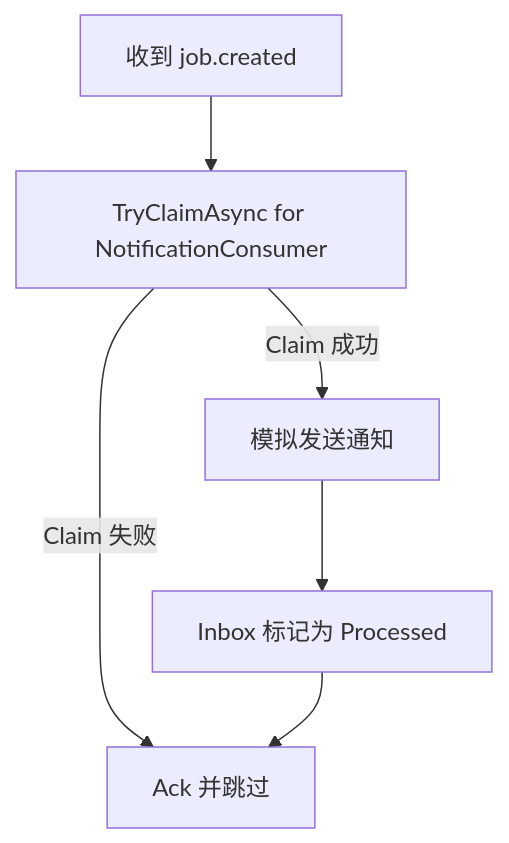
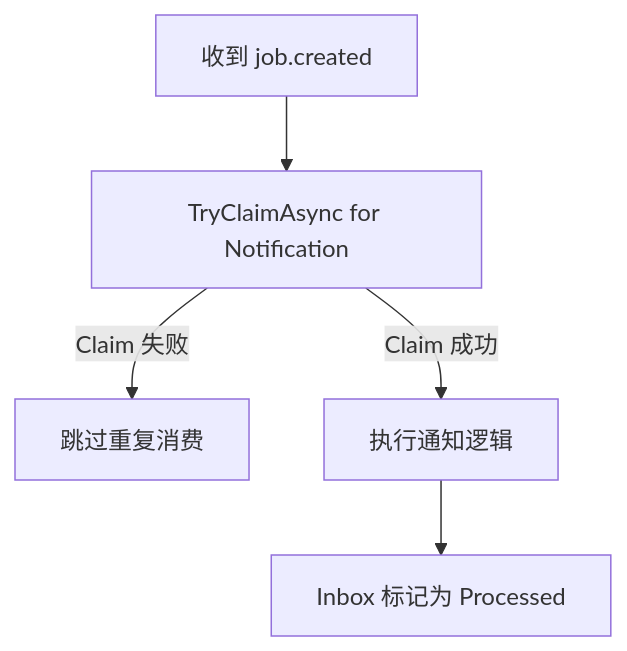
Before and after one commit to haoyucheng369-gif/DocFlowCloud: the third of 4 diagrams in docs/system-flow.md, drawn with Mermaid. The commit also changed other lines of this file and 7 other files, not shown here.

````diff
--- a/docs/system-flow.md
+++ b/docs/system-flow.md
@@ -69,8 +67,7 @@
 ```mermaid
 flowchart TD
-    A[收到 job.created] --> B[TryClaimAsync for NotificationConsumer]
-    B -->|Claim 失败| C[Ack 并跳过]
-    B -->|Claim 成功| D[模拟发送通知]
+    A[收到 job.created] --> B[TryClaimAsync for Notification]
+    B -->|Claim 失败| C[跳过重复消费]
+    B -->|Claim 成功| D[执行通知逻辑]
     D --> E[Inbox 标记为 Processed]
-    E --> C
 ```
````
